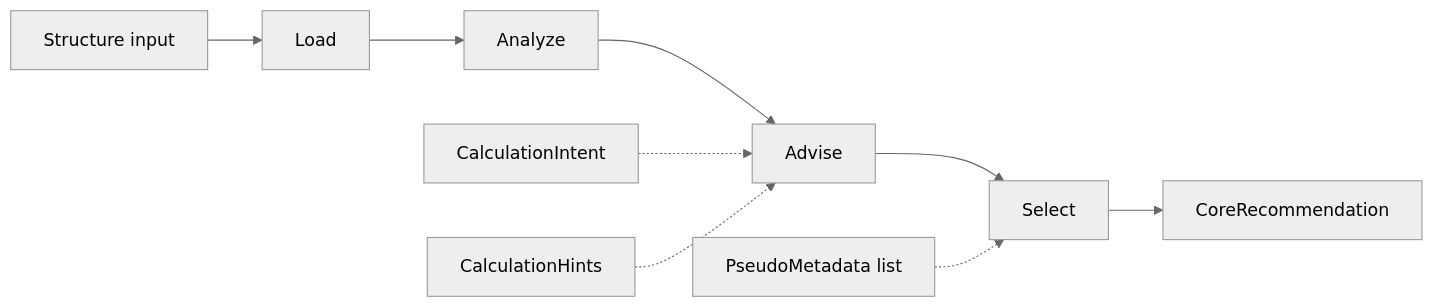
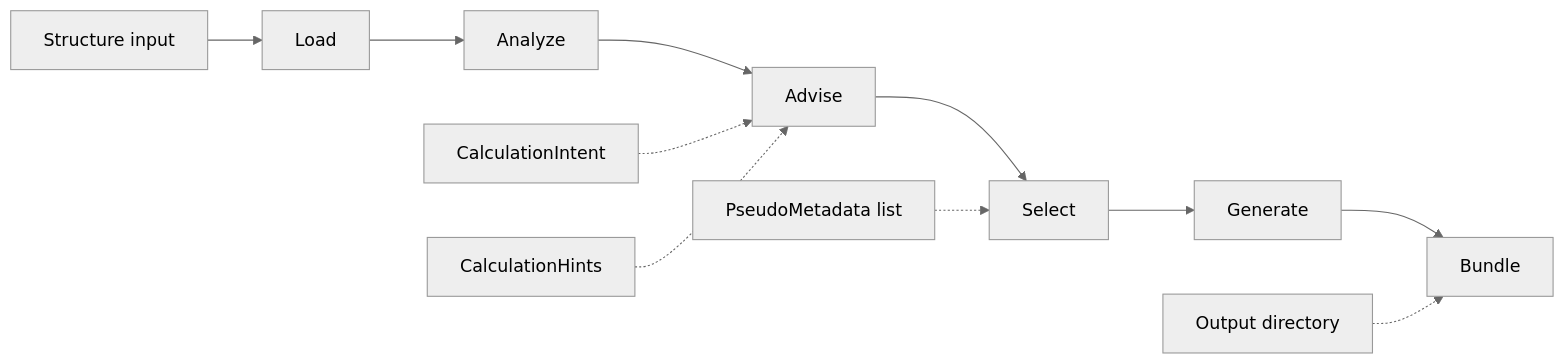
One commit to stfc/goldilocks-core changed the second of 2 diagrams in docs/architecture.md. Above: the diagram before and after it, drawn with Mermaid (neutral theme). The commit also changed other lines of this file and 1 other file, not shown here.

Commit message:
docs(core): document job runner pipeline

````diff
--- a/docs/architecture.md
+++ b/docs/architecture.md
@@ -86,12 +98,14 @@
 ```mermaid
 flowchart LR
-    input["Structure input"] --> load["Load"]
-    load --> analyzed["Analyze"]
-    analyzed --> advised["Advise"]
-    advised --> selected["Select"]
-    selected --> recommendation["CoreRecommendation"]
+    structure["Structure input"] --> load["Load"]
+    load --> analyze["Analyze"]
+    analyze --> advise["Advise"]
+    advise --> select["Select"]
+    select --> generate["Generate"]
+    generate --> bundle["Bundle"]
 
-    intent["CalculationIntent"] -.-> advised
-    hints["CalculationHints"] -.-> advised
-    metadata["PseudoMetadata list"] -.-> selected
+    intent["CalculationIntent"] -.-> advise
+    hints["CalculationHints"] -.-> advise
+    metadata["PseudoMetadata list"] -.-> select
+    output["Output directory"] -.-> bundle
 ```
````
